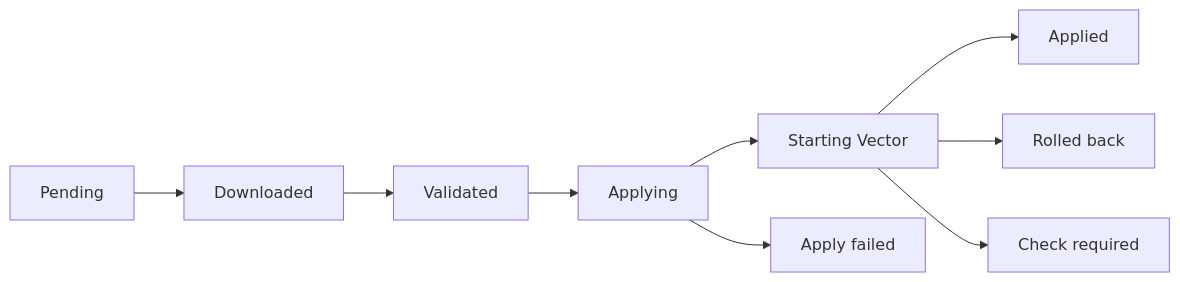
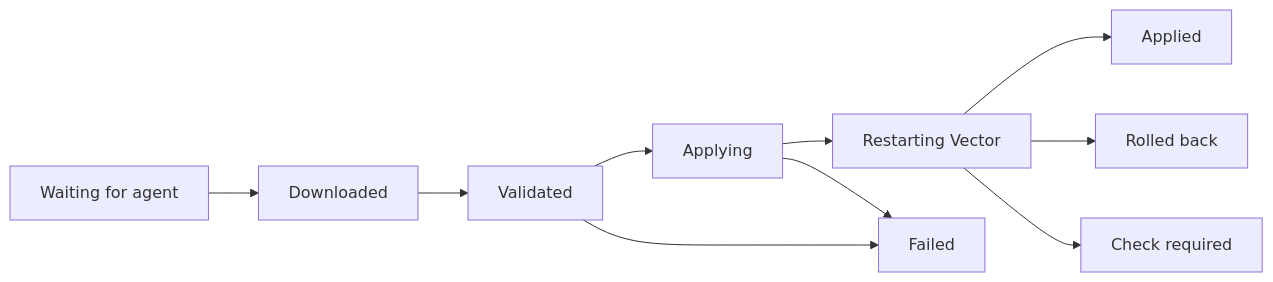
Before and after one commit to 416rehman/Vectory: the diagram in docs/user/deployments.md, drawn with Mermaid. The commit also changed other lines of this file and 22 other files, not shown here.

````diff
--- a/docs/user/deployments.md
+++ b/docs/user/deployments.md
@@ -86,7 +81,8 @@
 ```mermaid
 flowchart LR
-  P["Pending"] --> D["Downloaded"] --> V["Validated"] --> A["Applying"] --> S["Starting Vector"] --> OK["Applied"]
-  A --> F["Apply failed"]
-  S --> R["Rolled back"]
-  S --> C["Check required"]
+  W["Waiting for agent"] --> D["Downloaded"] --> V["Validated"] --> A["Applying"] --> R["Restarting Vector"] --> OK["Applied"]
+  V --> F["Failed"]
+  A --> F
+  R --> RB["Rolled back"]
+  R --> C["Check required"]
 ```
````
